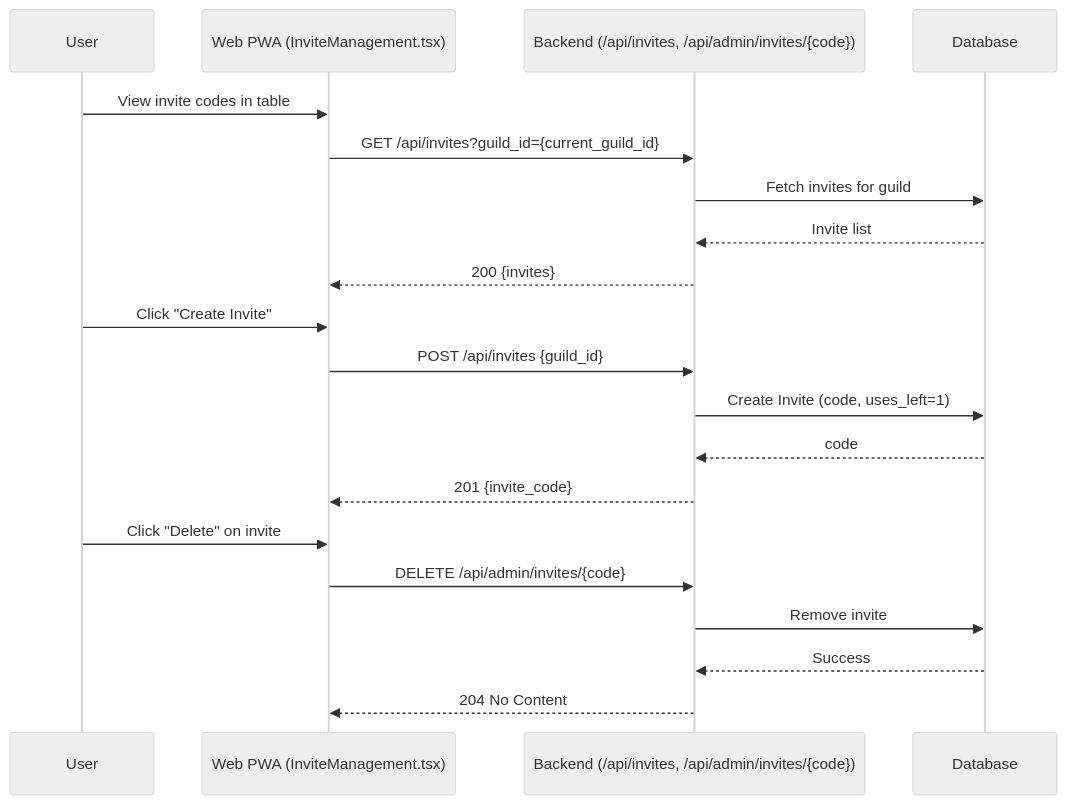
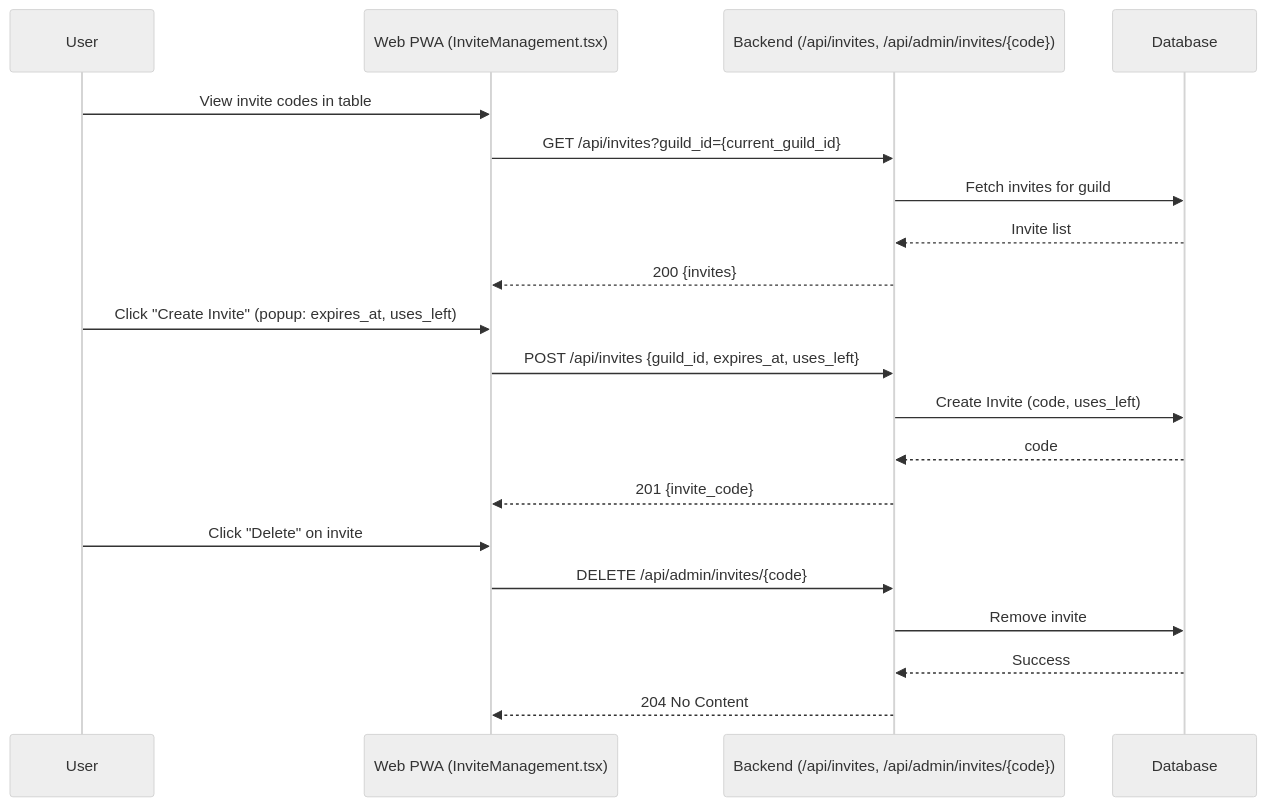
One commit to hamlet2k/SphereConnect changed the eighth of 9 diagrams in docs/project/use_cases.markdown. Above: the diagram before and after it, drawn with Mermaid (neutral theme). The commit also changed other lines of this file and 16 other files, not shown here.

````diff
--- a/docs/project/use_cases.markdown
+++ b/docs/project/use_cases.markdown
@@ -184,22 +215,22 @@
 ```mermaid
 sequenceDiagram
     participant U as User
     participant W as Web PWA (InviteManagement.tsx)
     participant B as Backend (/api/invites, /api/admin/invites/{code})
     participant D as Database
     U->>W: View invite codes in table
     W->>B: GET /api/invites?guild_id={current_guild_id}
     B->>D: Fetch invites for guild
     D-->>B: Invite list
     B-->>W: 200 {invites}
-    U->>W: Click "Create Invite"
-    W->>B: POST /api/invites {guild_id}
-    B->>D: Create Invite (code, uses_left=1)
+    U->>W: Click "Create Invite" (popup: expires_at, uses_left)
+    W->>B: POST /api/invites {guild_id, expires_at, uses_left}
+    B->>D: Create Invite (code, uses_left)
     D-->>B: code
     B-->>W: 201 {invite_code}
     U->>W: Click "Delete" on invite
     W->>B: DELETE /api/admin/invites/{code}
     B->>D: Remove invite
     D-->>B: Success
     B-->>W: 204 No Content
 ```
````
